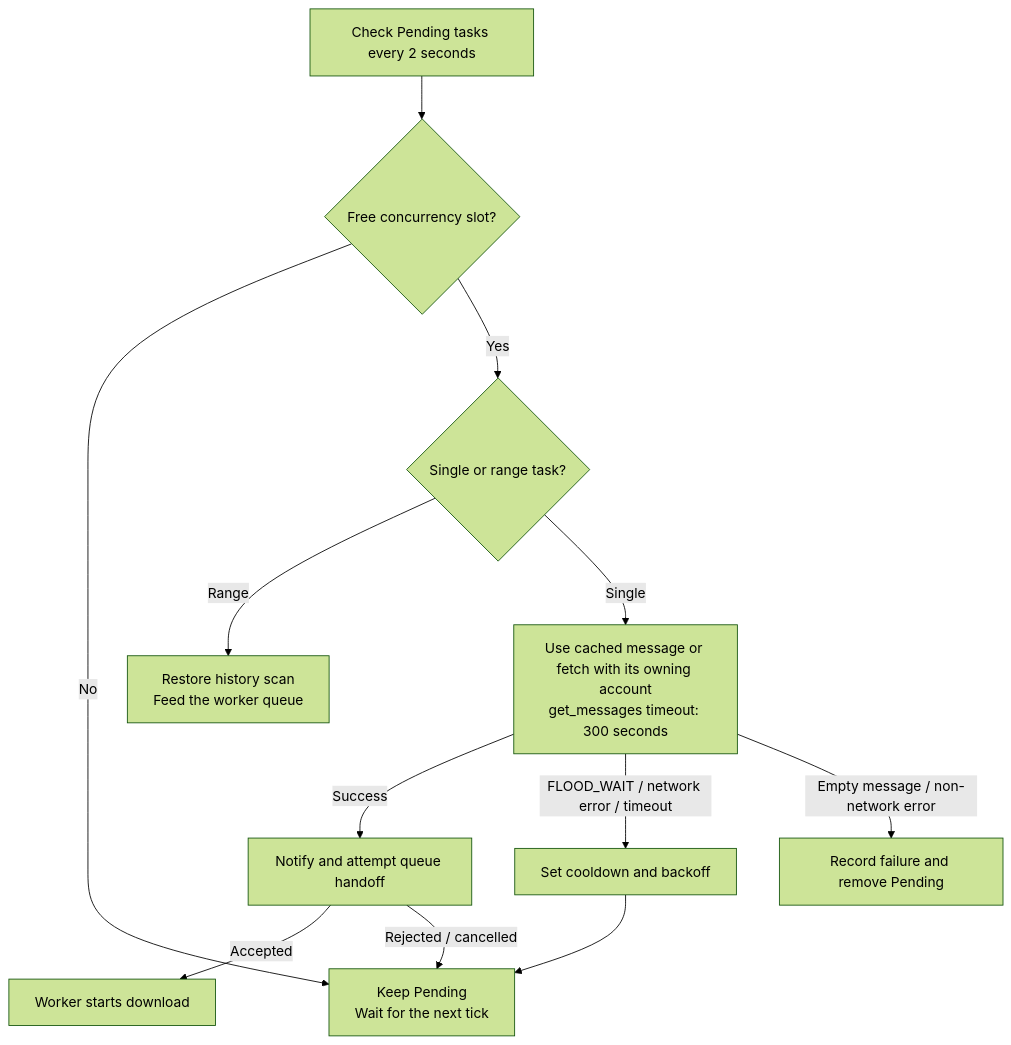
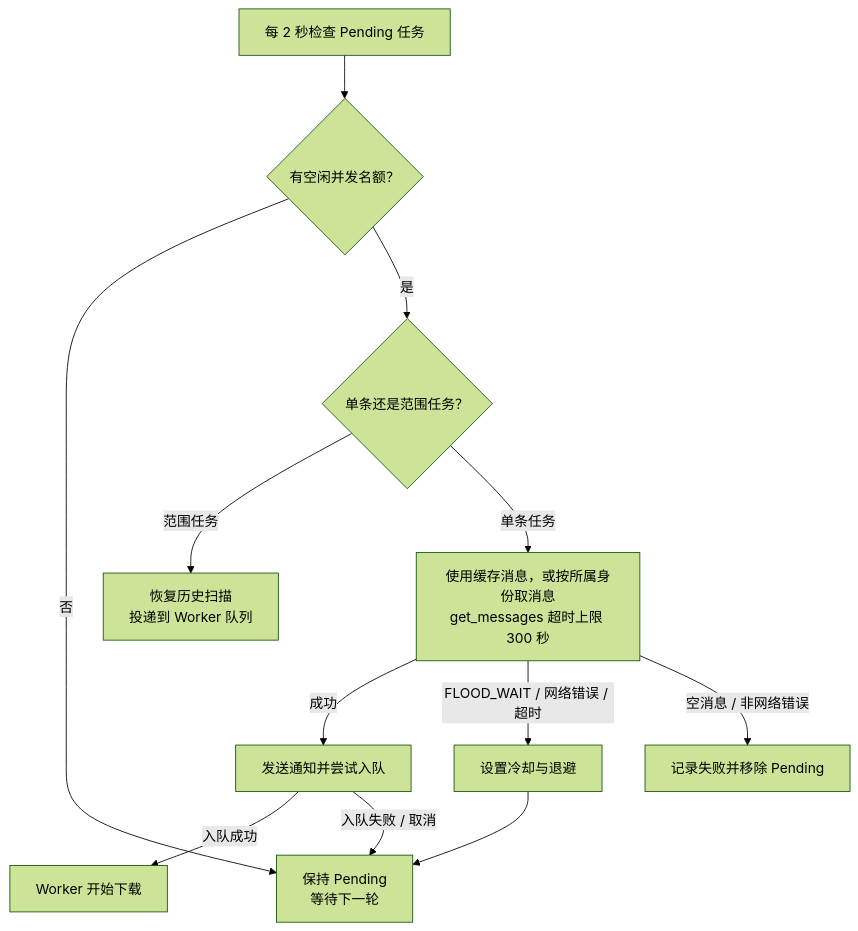
The second of 2 diagrams in README_CN.md (smilekevin/TGPorter), drawn with Mermaid (forest theme) before and after one commit. The commit also changed other lines of this file and 1 other file, not shown here.

````diff
--- a/README_CN.md
+++ b/README_CN.md
@@ -206,14 +379,14 @@
 ```mermaid
 flowchart TB
-    Tick["Check Pending tasks every 2 seconds"] --> Slot{"Free concurrency slot?"}
-    Slot -->|No| Wait["Keep Pending<br/>Wait for the next tick"]
-    Slot -->|Yes| Type{"Single or range task?"}
-    Type -->|Range| Scan["Restore history scan<br/>Feed the worker queue"]
-    Type -->|Single| Fetch["Use cached message or fetch with its owning account<br/>get_messages timeout: 300 seconds"]
-    Fetch -->|Success| Enqueue["Notify and attempt queue handoff"]
-    Enqueue -->|Accepted| Download["Worker starts download"]
-    Enqueue -->|Rejected / cancelled| Wait
-    Fetch -->|FLOOD_WAIT / network error / timeout| Cooldown["Set cooldown and backoff"]
+    Tick["每 2 秒检查 Pending 任务"] --> Slot{"有空闲并发名额？"}
+    Slot -->|否| Wait["保持 Pending<br/>等待下一轮"]
+    Slot -->|是| Type{"单条还是范围任务？"}
+    Type -->|范围任务| Scan["恢复历史扫描<br/>投递到 Worker 队列"]
+    Type -->|单条任务| Fetch["使用缓存消息，或按所属身份取消息<br/>get_messages 超时上限 300 秒"]
+    Fetch -->|成功| Enqueue["发送通知并尝试入队"]
+    Enqueue -->|入队成功| Download["Worker 开始下载"]
+    Enqueue -->|入队失败 / 取消| Wait
+    Fetch -->|FLOOD_WAIT / 网络错误 / 超时| Cooldown["设置冷却与退避"]
     Cooldown --> Wait
-    Fetch -->|Empty message / non-network error| Failed["Record failure and remove Pending"]
+    Fetch -->|空消息 / 非网络错误| Failed["记录失败并移除 Pending"]
 ```
````
